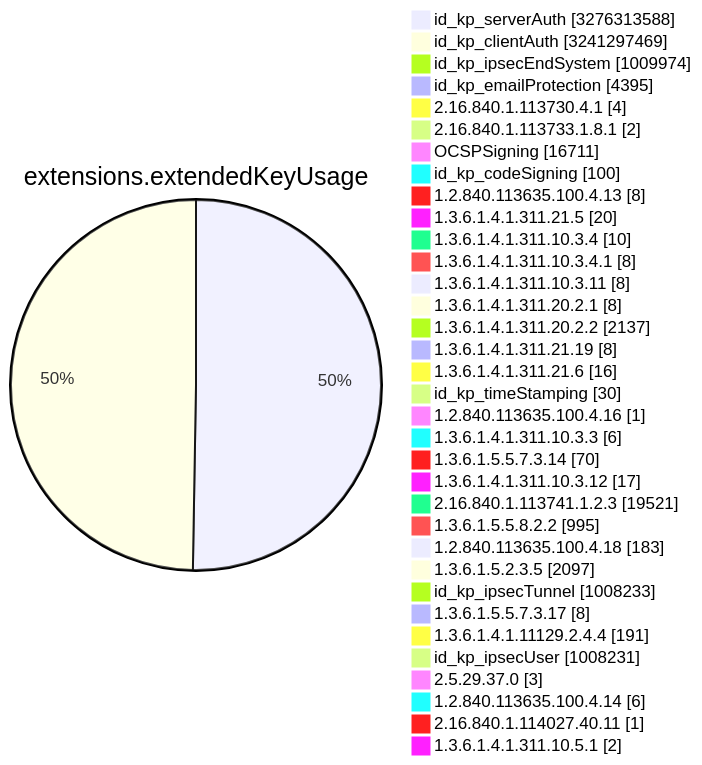
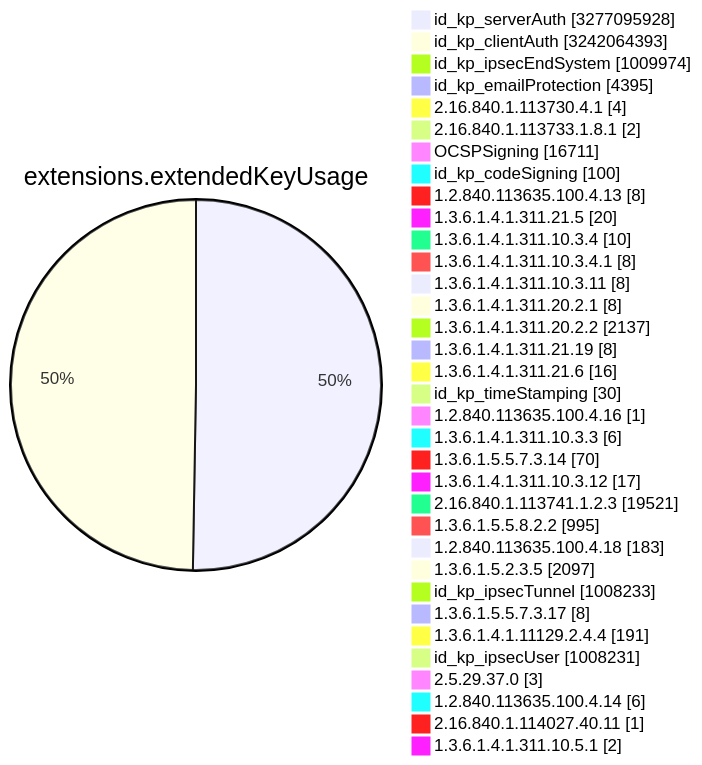
One commit to christiankrug/ctmonitor_visualization changed diagram 11 of 15 in TOTAL/README.md. Above: the diagram before and after it, drawn with Mermaid. The commit also changed other lines of this file, not shown here.

````diff
--- a/TOTAL/README.md
+++ b/TOTAL/README.md
@@ -4119,38 +4119,38 @@
 ```mermaid
 pie showData
 title extensions.extendedKeyUsage
-"id_kp_serverAuth" :3276313588
-"id_kp_clientAuth" :3241297469
+"id_kp_serverAuth" :3277095928
+"id_kp_clientAuth" :3242064393
 "id_kp_ipsecEndSystem" :1009974
 "id_kp_emailProtection" :4395
 "2.16.840.1.113730.4.1" :4
 "2.16.840.1.113733.1.8.1" :2
 "OCSPSigning" :16711
 "id_kp_codeSigning" :100
 "1.2.840.113635.100.4.13" :8
 "1.3.6.1.4.1.311.21.5" :20
 "1.3.6.1.4.1.311.10.3.4" :10
 "1.3.6.1.4.1.311.10.3.4.1" :8
 "1.3.6.1.4.1.311.10.3.11" :8
 "1.3.6.1.4.1.311.20.2.1" :8
 "1.3.6.1.4.1.311.20.2.2" :2137
 "1.3.6.1.4.1.311.21.19" :8
 "1.3.6.1.4.1.311.21.6" :16
 "id_kp_timeStamping" :30
 "1.2.840.113635.100.4.16" :1
 "1.3.6.1.4.1.311.10.3.3" :6
 "1.3.6.1.5.5.7.3.14" :70
 "1.3.6.1.4.1.311.10.3.12" :17
 "2.16.840.1.113741.1.2.3" :19521
 "1.3.6.1.5.5.8.2.2" :995
 "1.2.840.113635.100.4.18" :183
 "1.3.6.1.5.2.3.5" :2097
 "id_kp_ipsecTunnel" :1008233
 "1.3.6.1.5.5.7.3.17" :8
 "1.3.6.1.4.1.11129.2.4.4" :191
 "id_kp_ipsecUser" :1008231
 "2.5.29.37.0" :3
 "1.2.840.113635.100.4.14" :6
 "2.16.840.1.114027.40.11" :1
 "1.3.6.1.4.1.311.10.5.1" :2
 ```
````
